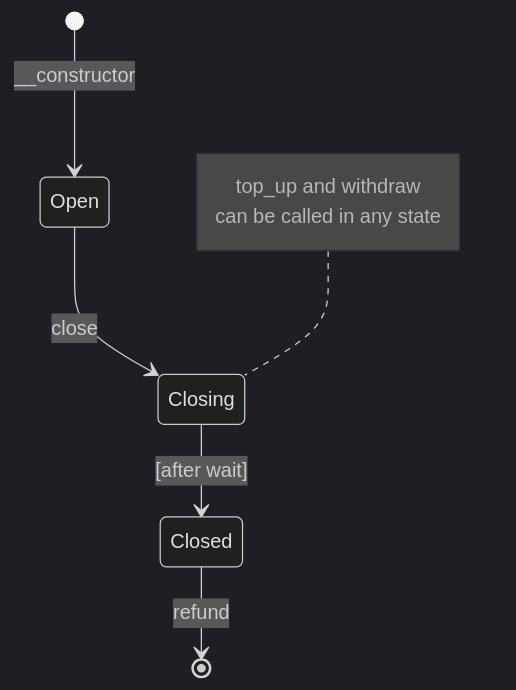
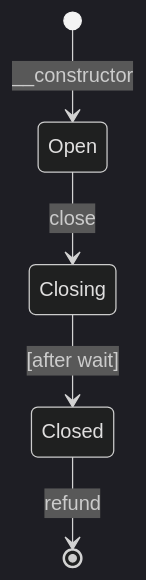
The diagram in README.md (stellar-experimental/one-way-channel), drawn with Mermaid (dark theme) before and after one commit. The commit also changed other lines of this file, not shown here.

Commit message:
remove state diagram note, add prose explanation

````diff
--- a/README.md
+++ b/README.md
@@ -38,11 +38,7 @@
 ```mermaid
 stateDiagram-v2
     [*] --> Open: __constructor
     Open --> Closing: close
     Closing --> Closed: [after wait]
     Closed --> [*]: refund
-    note left of Closing
-        top_up and withdraw
-        can be called in any state
-    end note
 ```
````
